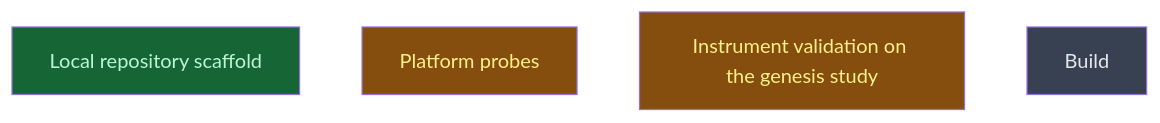
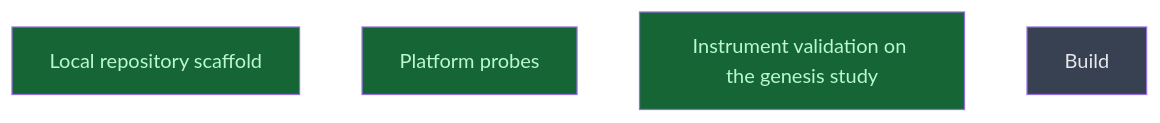
One commit to CrackingShells/Murmuration changed the diagram in __roadmap__/murmuration/README.md. Above: the diagram before and after it, drawn with Mermaid. The commit also changed other lines of this file and 3 other files, not shown here.

First line of the commit message:
chore(roadmap): close wave 1 and amend the build nodes (A1)

````diff
--- a/__roadmap__/murmuration/README.md
+++ b/__roadmap__/murmuration/README.md
@@ -19,12 +19,12 @@
 ```mermaid
 graph TD
     repository[Local repository scaffold]:::done
-    platform_probes[Platform probes]:::inprogress
-    instrument_validation[Instrument validation on the genesis study]:::inprogress
+    platform_probes[Platform probes]:::done
+    instrument_validation[Instrument validation on the genesis study]:::done
     build[Build]:::planned
     classDef done       fill:#166534,color:#bbf7d0
     classDef inprogress fill:#854d0e,color:#fef08a
     classDef planned    fill:#374151,color:#e5e7eb
     classDef amendment  fill:#1e3a5f,color:#bfdbfe
     classDef blocked    fill:#7f1d1d,color:#fecaca
 ```
````
